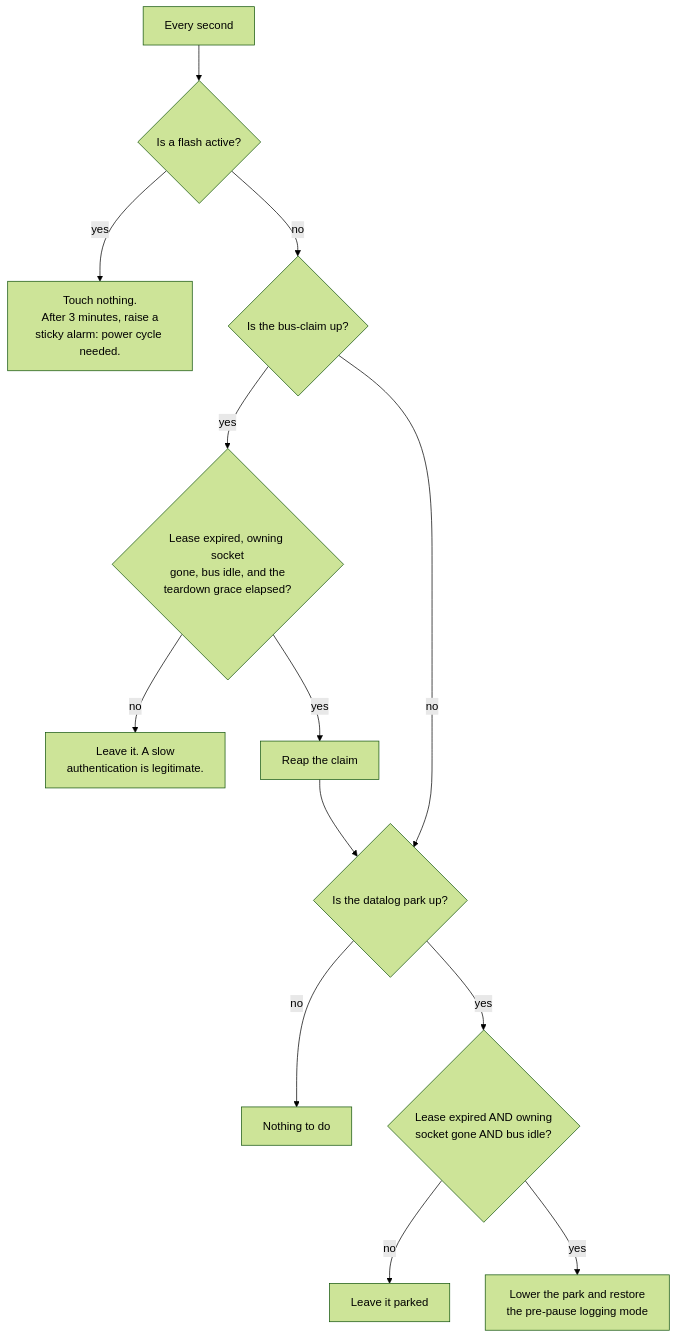
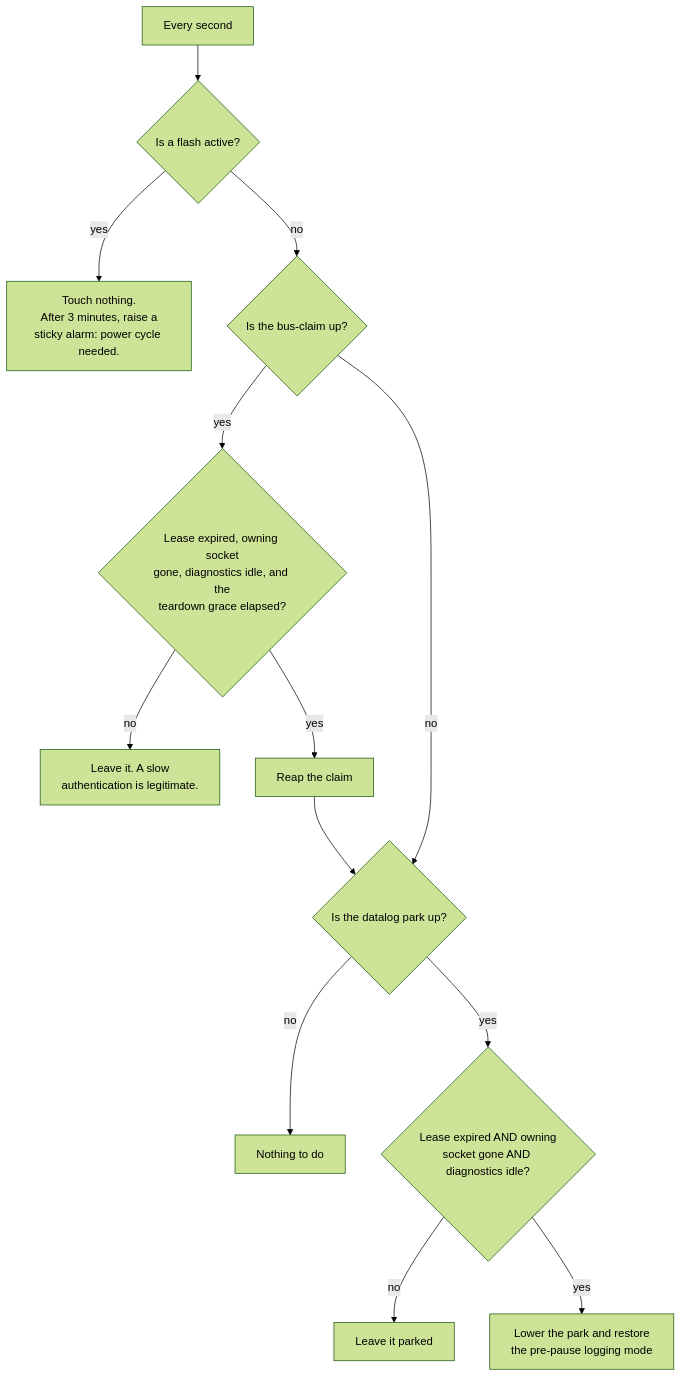
The second of 2 diagrams in docs/internals/returning-to-datalogger.md (cdufresne81/nc-flash-wican-fw), drawn with Mermaid (forest theme) before and after one commit. The commit also changed other lines of this file and 3 other files, not shown here.

````diff
--- a/docs/internals/returning-to-datalogger.md
+++ b/docs/internals/returning-to-datalogger.md
@@ -174,15 +85,15 @@
 ```mermaid
 flowchart TD
     A["Every second"] --> B{"Is a flash active?"}
     B -->|yes| C["Touch nothing.<br/>After 3 minutes, raise a<br/>sticky alarm: power cycle needed."]
     B -->|no| D{"Is the bus-claim up?"}
-    D -->|yes| E{"Lease expired, owning socket<br/>gone, bus idle, and the<br/>teardown grace elapsed?"}
+    D -->|yes| E{"Lease expired, owning socket<br/>gone, diagnostics idle, and the<br/>teardown grace elapsed?"}
     E -->|no| F["Leave it. A slow<br/>authentication is legitimate."]
     E -->|yes| G["Reap the claim"]
     D -->|no| H
     G --> H{"Is the datalog park up?"}
     H -->|no| I["Nothing to do"]
-    H -->|yes| J{"Lease expired AND owning<br/>socket gone AND bus idle?"}
+    H -->|yes| J{"Lease expired AND owning<br/>socket gone AND diagnostics idle?"}
     J -->|no| K["Leave it parked"]
     J -->|yes| L["Lower the park and restore<br/>the pre-pause logging mode"]
 ```
````
